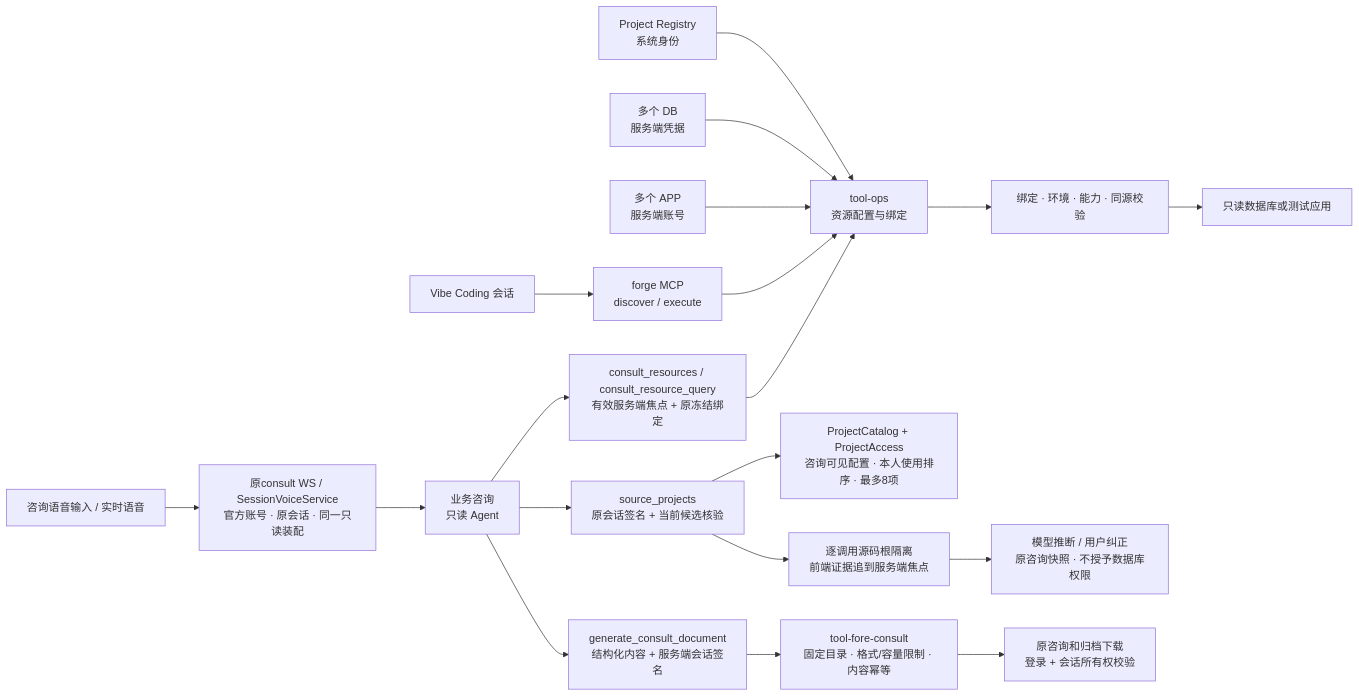
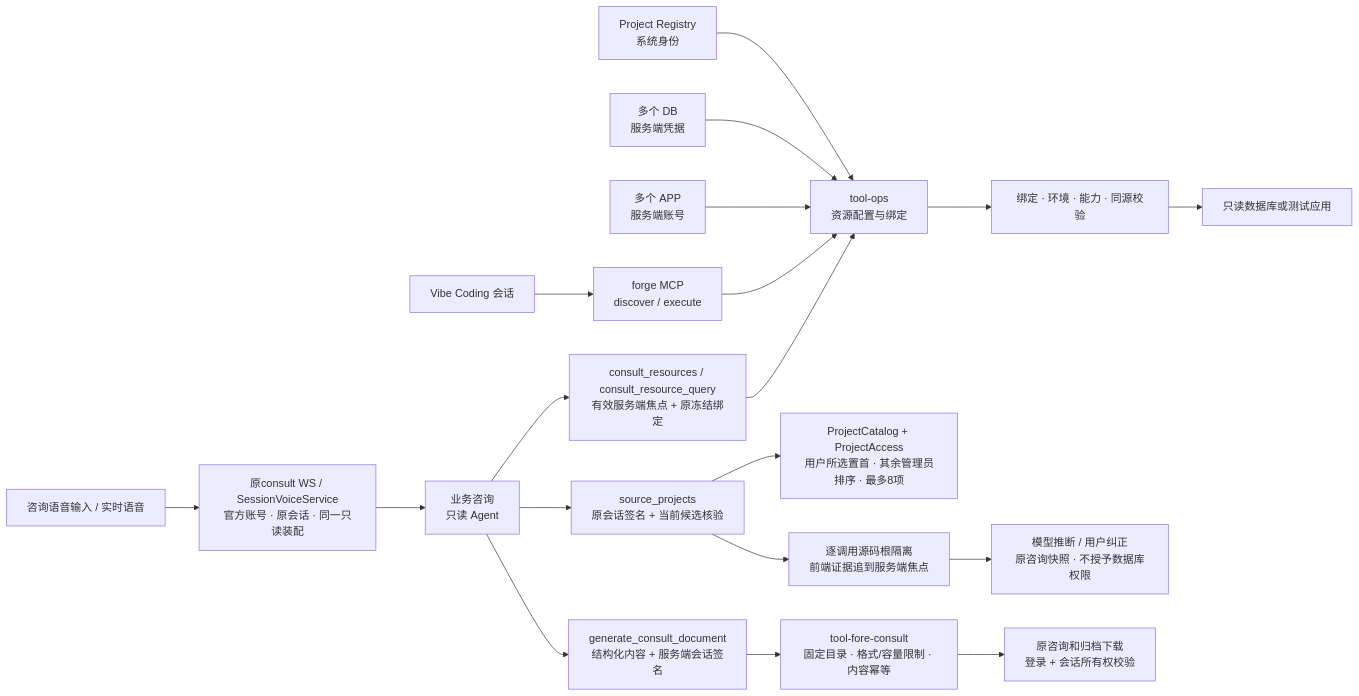
Before and after one commit to exception-coder/kai-toolbox: the tenth of 15 diagrams in docs/ai-coding-architecture.md, drawn with Mermaid. The commit also changed other lines of this file and 14 other files, not shown here.

````diff
--- a/docs/ai-coding-architecture.md
+++ b/docs/ai-coding-architecture.md
@@ -408,21 +408,21 @@
 ```mermaid
 flowchart LR
     REGISTRY["Project Registry<br/>系统身份"] --> BINDING["tool-ops<br/>资源配置与绑定"]
     DB["多个 DB<br/>服务端凭据"] --> BINDING
     APP["多个 APP<br/>服务端账号"] --> BINDING
     SESSION["Vibe Coding 会话"] --> FORGE["forge MCP<br/>discover / execute"]
     FORGE --> BINDING
     BINDING --> POLICY["绑定 · 环境 · 能力 · 同源校验"]
     POLICY --> TARGET["只读数据库或测试应用"]
     CONSULT["业务咨询<br/>只读 Agent"] --> DOC_TOOL["generate_consult_document<br/>结构化内容 + 服务端会话签名"]
     CONSULT_UI["咨询语音输入 / 实时语音"] --> CONSULT_CHANNEL["原consult WS / SessionVoiceService<br/>官方账号 · 原会话 · 同一只读装配"]
     CONSULT_CHANNEL --> CONSULT
     CONSULT --> SOURCE_ROUTE["source_projects<br/>原会话签名 + 当前候选核验"]
-    SOURCE_ROUTE --> SOURCE_CATALOG["ProjectCatalog + ProjectAccess<br/>咨询可见配置 · 本人使用排序 · 最多8项"]
+    SOURCE_ROUTE --> SOURCE_CATALOG["ProjectCatalog + ProjectAccess<br/>用户所选置首 · 其余管理员排序 · 最多8项"]
     SOURCE_ROUTE --> SOURCE_READ["逐调用源码根隔离<br/>前端证据追到服务端焦点"]
     SOURCE_READ --> SOURCE_FOCUS["模型推断 / 用户纠正<br/>原咨询快照 · 不授予数据库权限"]
     CONSULT --> QUERY_TOOL["consult_resources / consult_resource_query<br/>有效服务端焦点 + 原冻结绑定"]
     QUERY_TOOL --> BINDING
     DOC_TOOL --> DOC_STORE["tool-fore-consult<br/>固定目录 · 格式/容量限制 · 内容幂等"]
     DOC_STORE --> DOC_DOWNLOAD["原咨询和归档下载<br/>登录 + 会话所有权校验"]
 ```
````
